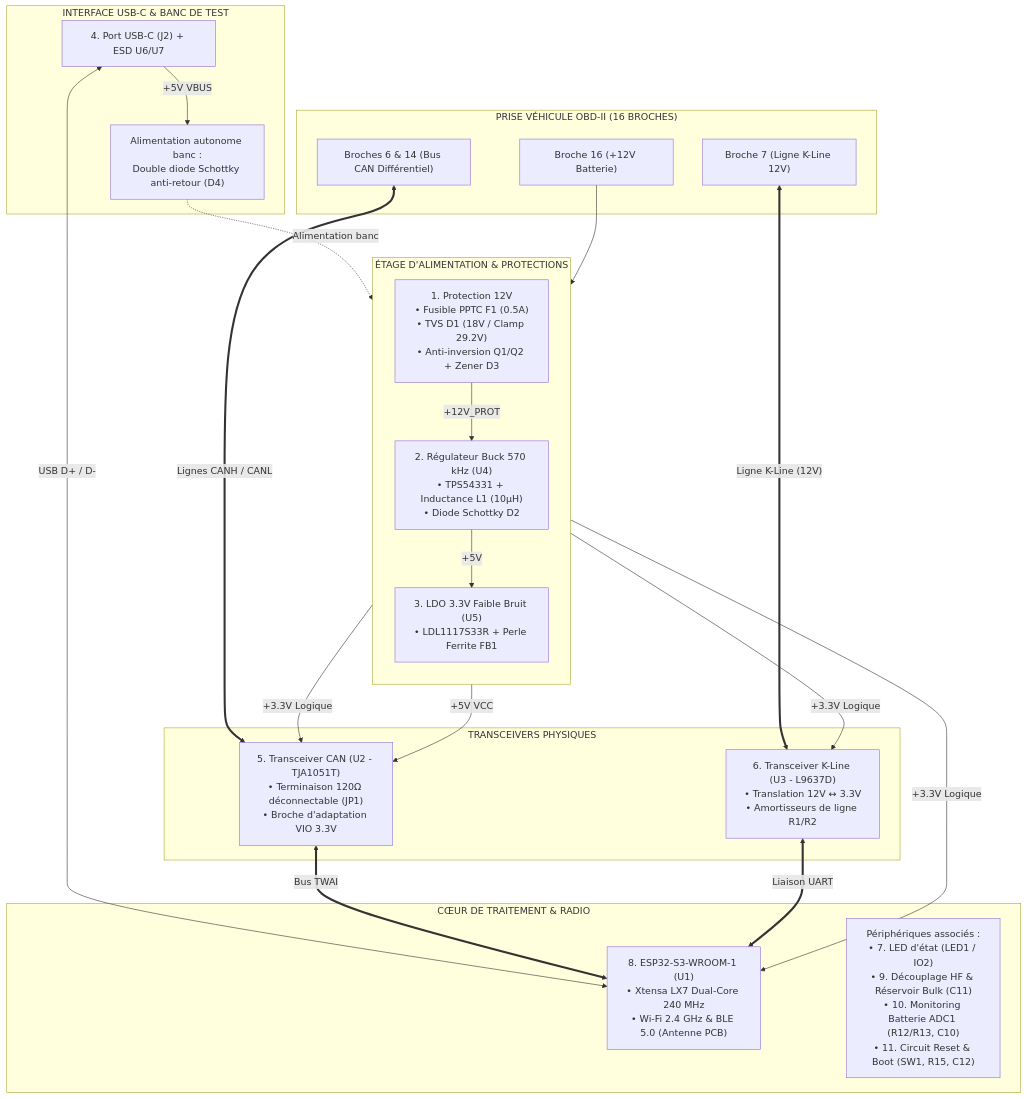
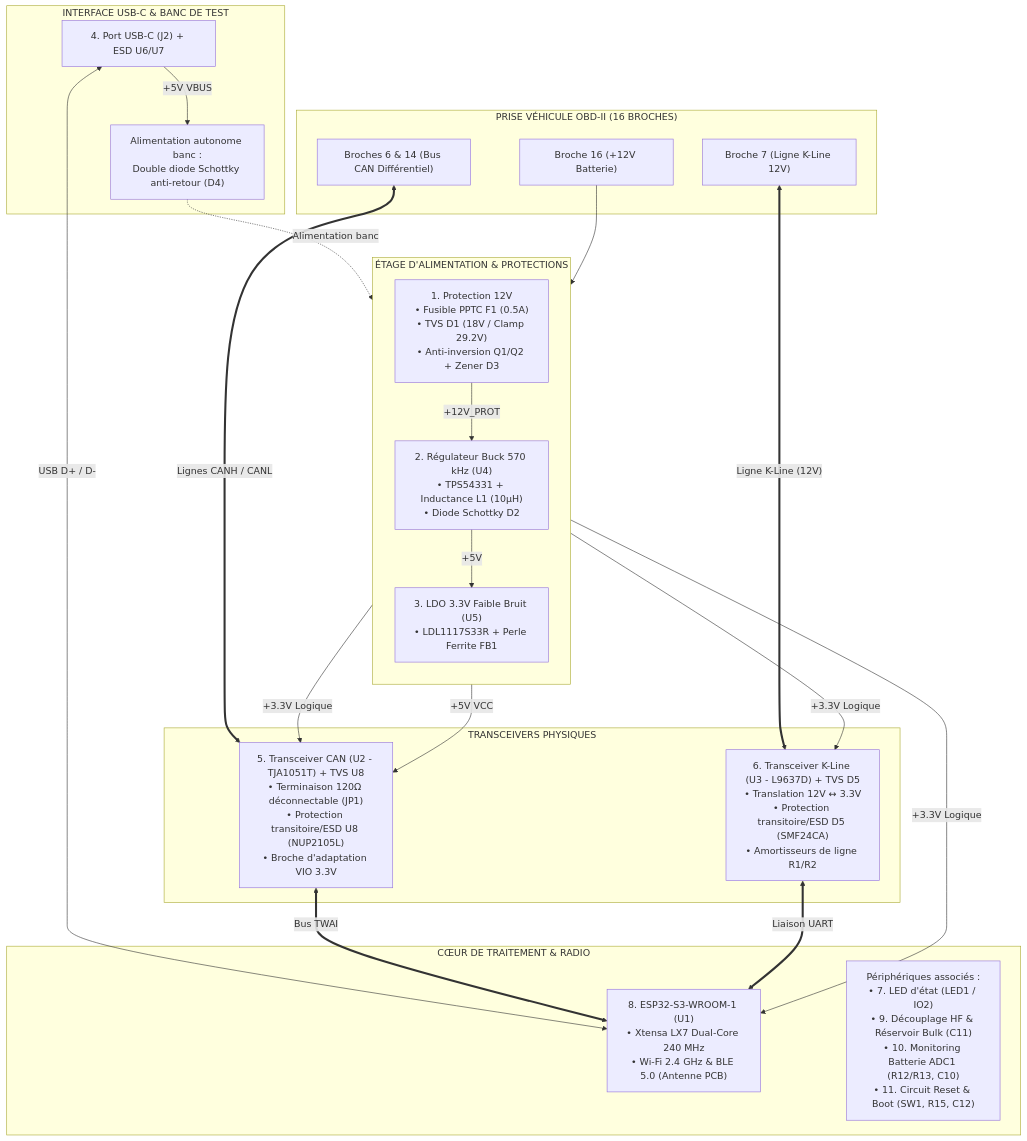
Before and after one commit to nitrogene/OBD2: the diagram in README.md, drawn with Mermaid. The commit also changed other lines of this file and 7 other files, not shown here.

First line of the commit message:
feat(schematic): ajuster R6 à 100 ohms pour la visibilité de LED1 en plein jour

````diff
--- a/README.md
+++ b/README.md
@@ -24,58 +24,58 @@
 ```mermaid
 %%{init: {
   'themeVariables': {
     'fontFamily': 'Consolas, "Courier New", monospace',
     'fontSize': '12px'
   },
   'flowchart': {
     'curve': 'stepBefore',
     'nodeSpacing': 30,
     'rankSpacing': 40
   }
 }}%%
 flowchart TD
     subgraph OBD["PRISE VÉHICULE OBD-II (16 BROCHES)"]
         PIN16["Broche 16 (+12V Batterie)"]
         PIN6_14["Broches 6 & 14 (Bus CAN Différentiel)"]
         PIN7["Broche 7 (Ligne K-Line 12V)"]
     end
 
     subgraph POWER["ÉTAGE D'ALIMENTATION & PROTECTIONS"]
         direction TB
         F1["1. Protection 12V\n• Fusible PPTC F1 (0.5A)\n• TVS D1 (18V / Clamp 29.2V)\n• Anti-inversion Q1/Q2 + Zener D3"]
         BUCK["2. Régulateur Buck 570 kHz (U4)\n• TPS54331 + Inductance L1 (10µH)\n• Diode Schottky D2"]
         LDO["3. LDO 3.3V Faible Bruit (U5)\n• LDL1117S33R + Perle Ferrite FB1"]
         F1 -->|"+12V_PROT"| BUCK
         BUCK -->|"+5V"| LDO
     end
 
     subgraph TRANSCEIVERS["TRANSCEIVERS PHYSIQUES"]
-        CAN_IC["5. Transceiver CAN (U2 - TJA1051T)\n• Terminaison 120Ω déconnectable (JP1)\n• Broche d'adaptation VIO 3.3V"]
-        KLINE_IC["6. Transceiver K-Line (U3 - L9637D)\n• Translation 12V ↔ 3.3V\n• Amortisseurs de ligne R1/R2"]
+        CAN_IC["5. Transceiver CAN (U2 - TJA1051T) + TVS U8\n• Terminaison 120Ω déconnectable (JP1)\n• Protection transitoire/ESD U8 (NUP2105L)\n• Broche d'adaptation VIO 3.3V"]
+        KLINE_IC["6. Transceiver K-Line (U3 - L9637D) + TVS D5\n• Translation 12V ↔ 3.3V\n• Protection transitoire/ESD D5 (SMF24CA)\n• Amortisseurs de ligne R1/R2"]
     end
 
     subgraph MCU["CŒUR DE TRAITEMENT & RADIO"]
         ESP["8. ESP32-S3-WROOM-1 (U1)\n• Xtensa LX7 Dual-Core 240 MHz\n• Wi-Fi 2.4 GHz & BLE 5.0 (Antenne PCB)"]
         PERIPH["Périphériques associés :\n• 7. LED d'état (LED1 / IO2)\n• 9. Découplage HF & Réservoir Bulk (C11)\n• 10. Monitoring Batterie ADC1 (R12/R13, C10)\n• 11. Circuit Reset & Boot (SW1, R15, C12)"]
     end
 
     subgraph USB_DEBUG["INTERFACE USB-C & BANC DE TEST"]
         USBC["4. Port USB-C (J2) + ESD U6/U7"]
         D4["Alimentation autonome banc :\nDouble diode Schottky anti-retour (D4)"]
         USBC -->|"+5V VBUS"| D4
         D4 -.->|Alimentation banc| BUCK
         USBC <-->|"USB D+ / D-"| ESP
     end
 
     PIN16 --> F1
     PIN6_14 <==>|"Lignes CANH / CANL"| CAN_IC
     PIN7 <==>|"Ligne K-Line (12V)"| KLINE_IC
 
     LDO -->|"+3.3V Logique"| ESP
     LDO -->|"+3.3V Logique"| CAN_IC
     LDO -->|"+3.3V Logique"| KLINE_IC
     BUCK -->|"+5V VCC"| CAN_IC
 
     CAN_IC <==>|"Bus TWAI"| ESP
     KLINE_IC <==>|"Liaison UART"| ESP
 ```
````
